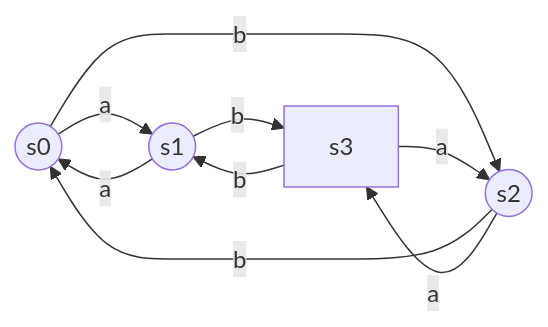
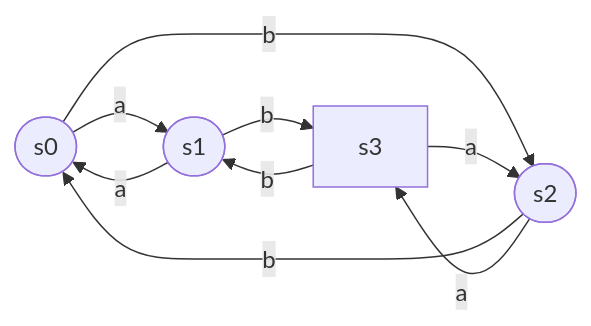
Before and after one commit to wu-kan/wu-kan.github.io: the second of 5 diagrams in _posts/2020-04-28-编译原理（二）.md, drawn with Mermaid. The commit also changed other lines of this file and 21 other files, not shown here.

````diff
--- a/_posts/2020-04-28-编译原理（二）.md
+++ b/_posts/2020-04-28-编译原理（二）.md
@@ -32,14 +32,14 @@
 ```mermaid
-graph LR
+flowchart LR
 s0--a-->s1
 s0--b-->s2
 s1--a-->s0
 s1--b-->s3
 s2--b-->s0
 s2--a-->s3
 s3--b-->s1
 s3--a-->s2
-s0((s0))
-s1((s1))
-s2((s2))
+s0([s0])
+s1([s1])
+s2([s2])
 ```
````
